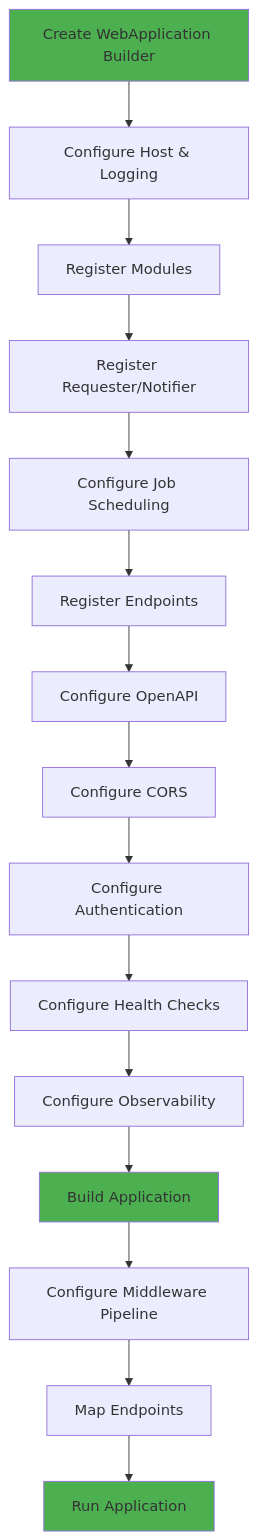
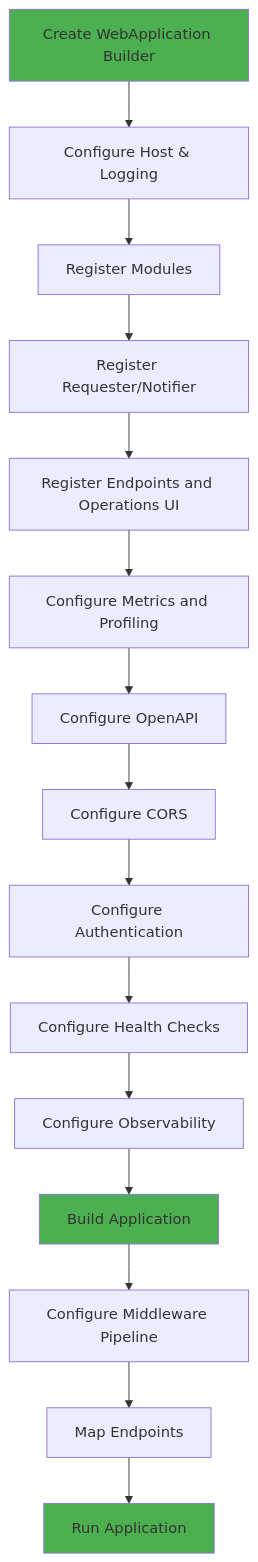
One commit to BridgingIT-GmbH/bITdevKit.Examples.GettingStarted changed the eighth of 9 diagrams in README.md. Above: the diagram before and after it, drawn with Mermaid. The commit also changed other lines of this file and 6 other files, not shown here.

````diff
--- a/README.md
+++ b/README.md
@@ -700,21 +707,21 @@
 ```mermaid
 graph TD
     A[Create WebApplication Builder] --> B[Configure Host & Logging]
     B --> C[Register Modules]
     C --> D[Register Requester/Notifier]
-    D --> E[Configure Job Scheduling]
-    E --> F[Register Endpoints]
+    D --> E[Register Endpoints and Operations UI]
+    E --> F[Configure Metrics and Profiling]
     F --> G[Configure OpenAPI]
     G --> H[Configure CORS]
     H --> I[Configure Authentication]
     I --> J[Configure Health Checks]
     J --> K[Configure Observability]
     K --> L[Build Application]
     L --> M[Configure Middleware Pipeline]
     M --> N[Map Endpoints]
     N --> O[Run Application]
 
     style A fill:#4CAF50
     style L fill:#4CAF50
     style O fill:#4CAF50
 ```
````
